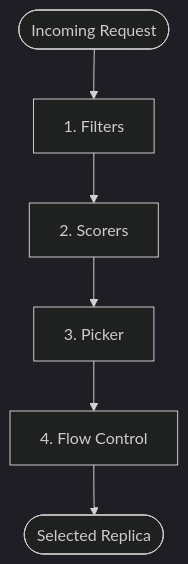
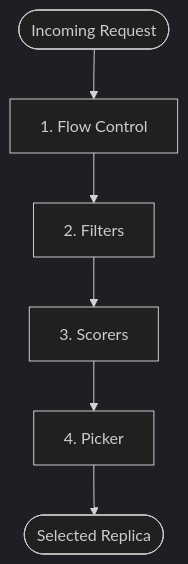
The diagram in docs/scheduler_customization.md (aniketmohanty82/py-inference-scheduler), drawn with Mermaid (dark theme) before and after one commit. The commit also changed other lines of this file, not shown here.

Commit message:
bad doc writing slightly fixed

````diff
--- a/docs/scheduler_customization.md
+++ b/docs/scheduler_customization.md
@@ -11,8 +11,8 @@
 ```mermaid
 graph TD
-    Request([Incoming Request]) --> Filter[1. Filters]
-    Filter --> Scorer[2. Scorers]
-    Scorer --> Picker[3. Picker]
-    Picker --> FlowControl[4. Flow Control]
-    FlowControl --> Route([Selected Replica])
+    Request([Incoming Request]) --> FlowControl[1. Flow Control]
+    FlowControl --> Filter[2. Filters]
+    Filter --> Scorer[3. Scorers]
+    Scorer --> Picker[4. Picker]
+    Picker --> Route([Selected Replica])
 ```
````
